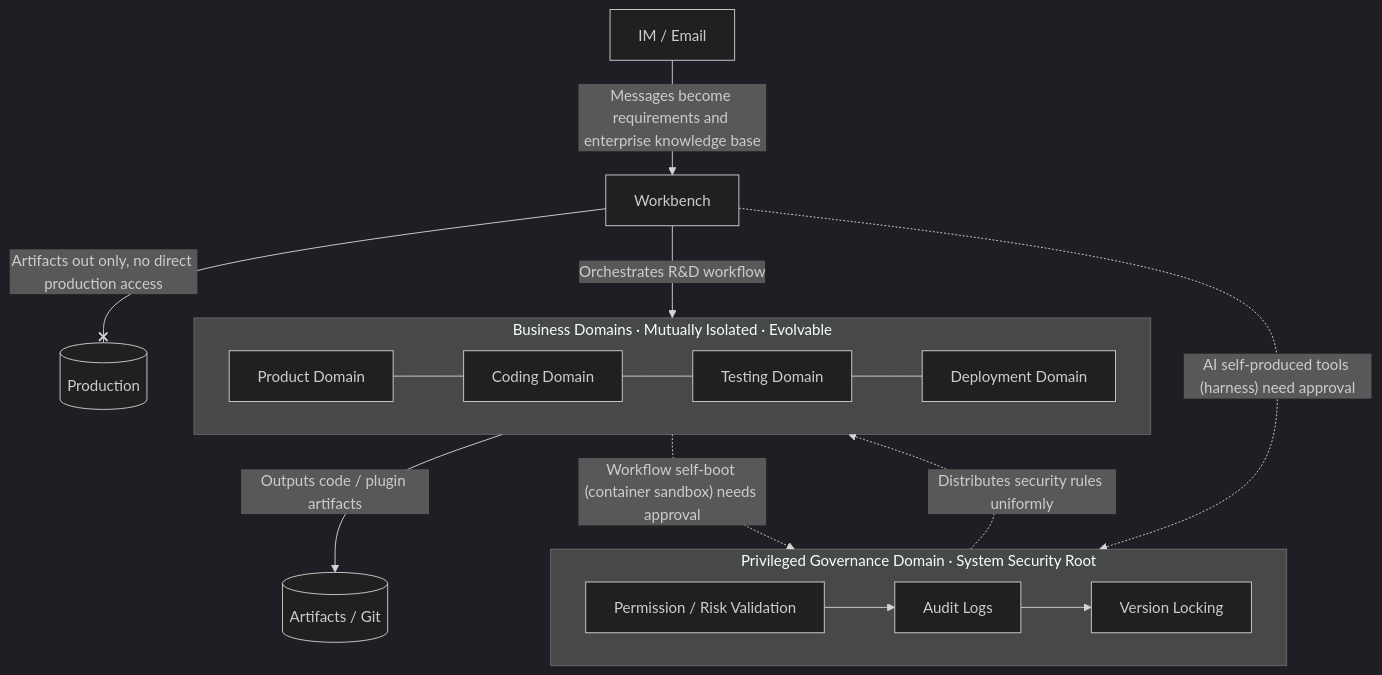
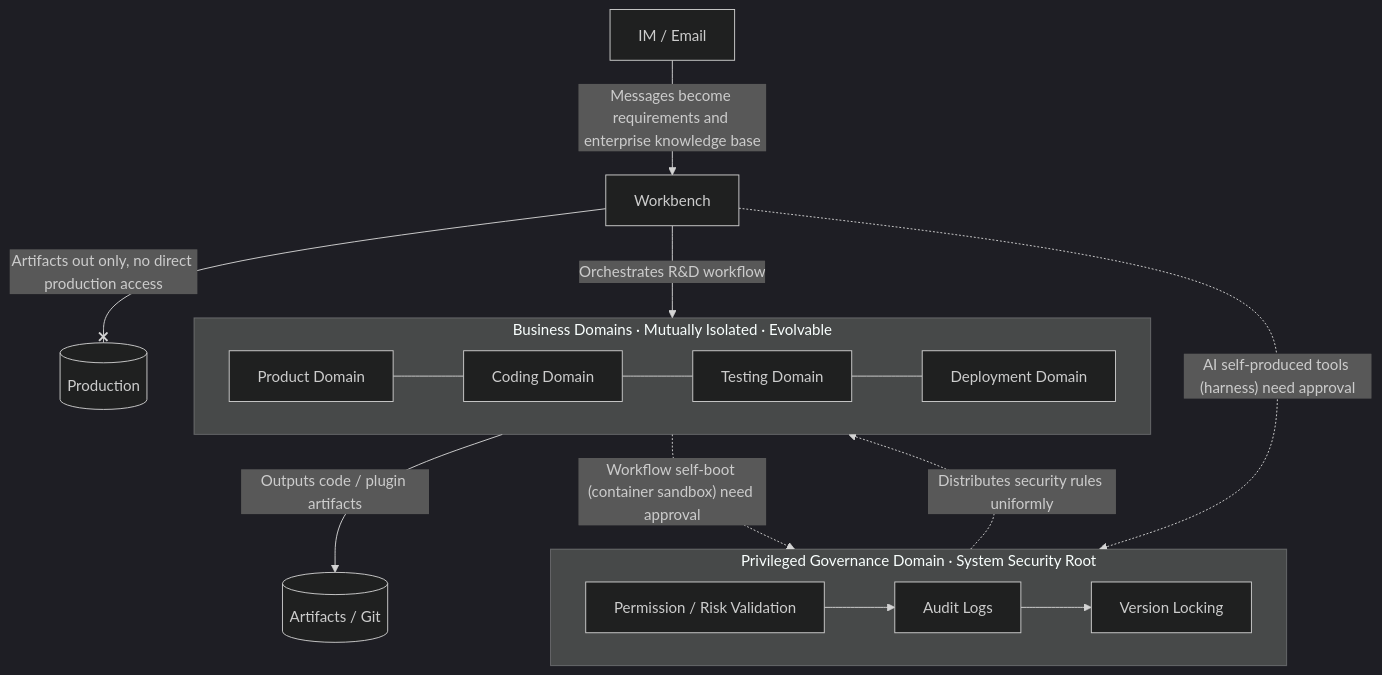
The second of 2 diagrams in README-en.md (CanWeakerWriteStrongCode/DolphinMind), drawn with Mermaid (dark theme) before and after one commit. The commit also changed other lines of this file and 1 other file, not shown here.

````diff
--- a/README-en.md
+++ b/README-en.md
@@ -40,23 +203,23 @@
 ```mermaid
 flowchart TD
     subgraph GOV[Privileged Governance Domain · System Security Root]
         direction LR
         P[Permission / Risk Validation] --> A[Audit Logs]
         A --> L[Version Locking]
     end
 
     IM[IM / Email] -->|Messages become requirements and enterprise knowledge base| WB[Workbench]
 
     subgraph BIZ[Business Domains · Mutually Isolated · Evolvable]
         direction LR
         D1[Product Domain] --- D2[Coding Domain] --- D3[Testing Domain] --- D4[Deployment Domain]
     end
 
     WB -->|Orchestrates R&D workflow| BIZ
     BIZ -->|Outputs code / plugin artifacts| GIT[(Artifacts / Git)]
 
     WB -. AI self-produced tools (harness) need approval .-> GOV
-    BIZ -. Workflow self-boot (container sandbox) needs approval .-> GOV
+    BIZ -. Workflow self-boot (container sandbox) need approval .-> GOV
     GOV -. Distributes security rules uniformly .-> BIZ
     WB --x|Artifacts out only, no direct production access| PROD[(Production)]
 ```
````
